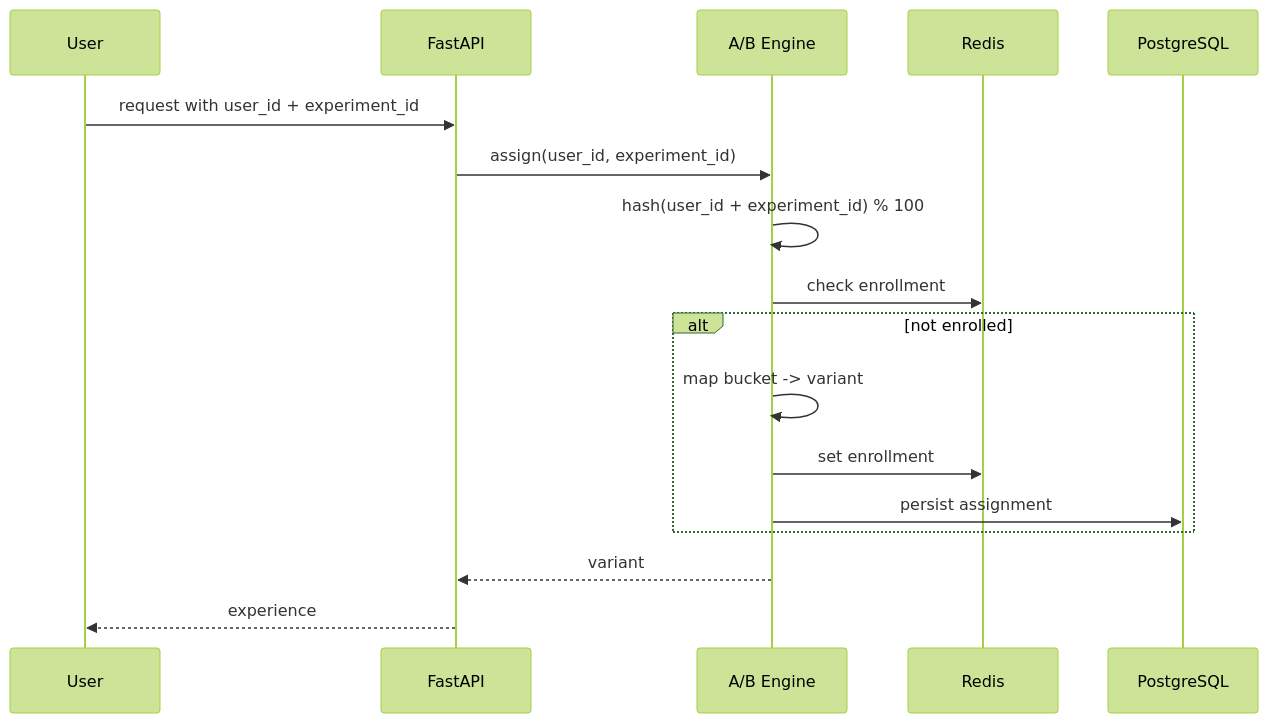
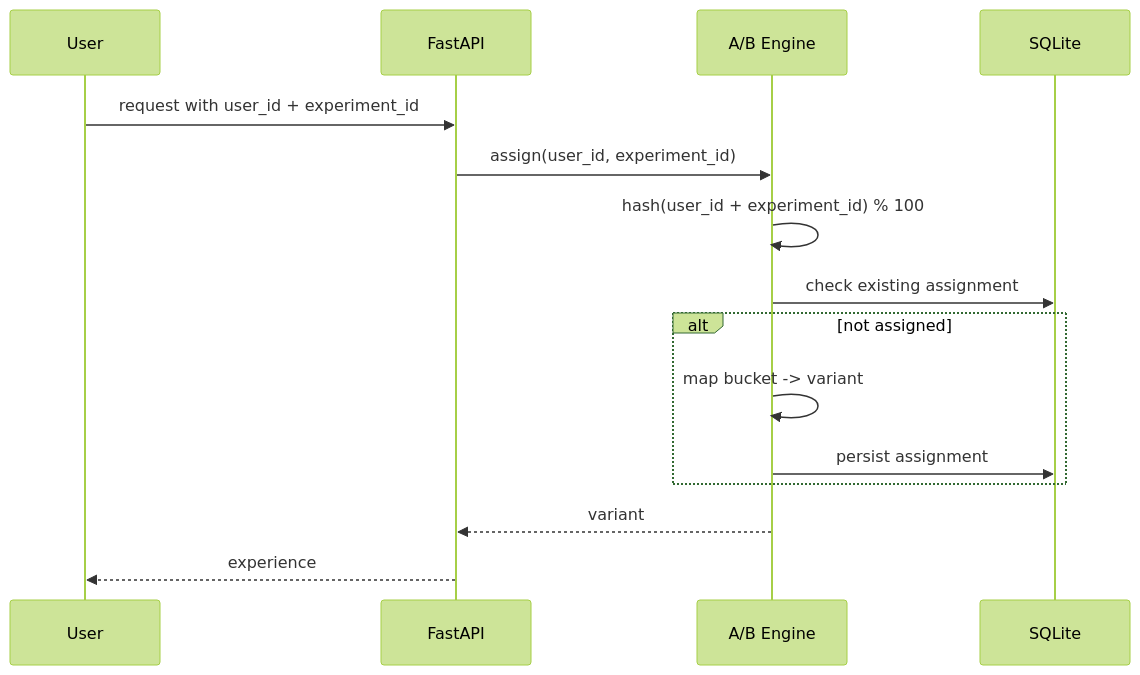
One commit to hutao-7777/ADPULSE changed the fourth of 8 diagrams in docs/architecture.md. Above: the diagram before and after it, drawn with Mermaid (forest theme). The commit also changed other lines of this file and 68 other files, not shown here.

````diff
--- a/docs/architecture.md
+++ b/docs/architecture.md
@@ -198,20 +184,18 @@
 ```mermaid
 sequenceDiagram
     participant U as User
     participant API as FastAPI
     participant AB as A/B Engine
-    participant Redis as Redis
-    participant PG as PostgreSQL
+    participant DB as SQLite
 
     U->>API: request with user_id + experiment_id
     API->>AB: assign(user_id, experiment_id)
     AB->>AB: hash(user_id + experiment_id) % 100
-    AB->>Redis: check enrollment
-    alt not enrolled
+    AB->>DB: check existing assignment
+    alt not assigned
         AB->>AB: map bucket -> variant
-        AB->>Redis: set enrollment
-        AB->>PG: persist assignment
+        AB->>DB: persist assignment
     end
     AB-->>API: variant
     API-->>U: experience
 ```
````
